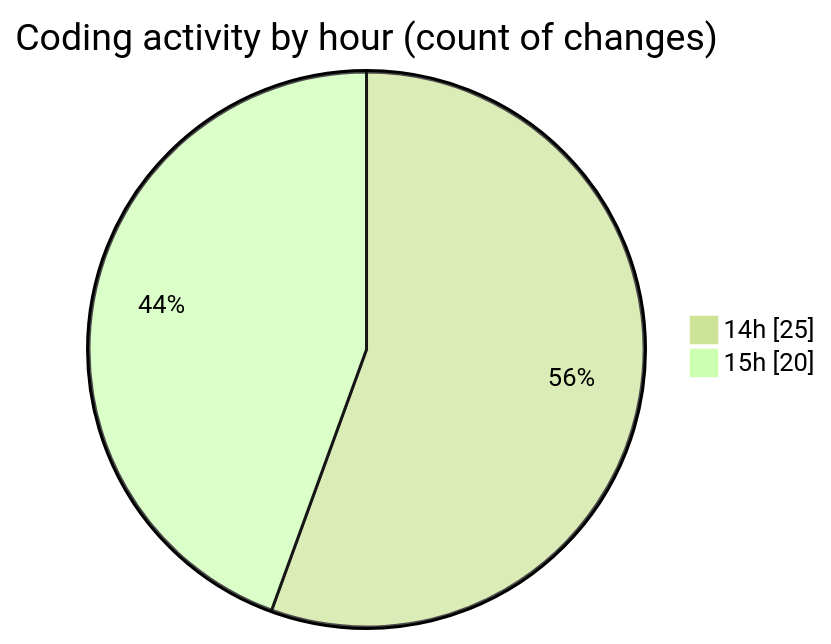
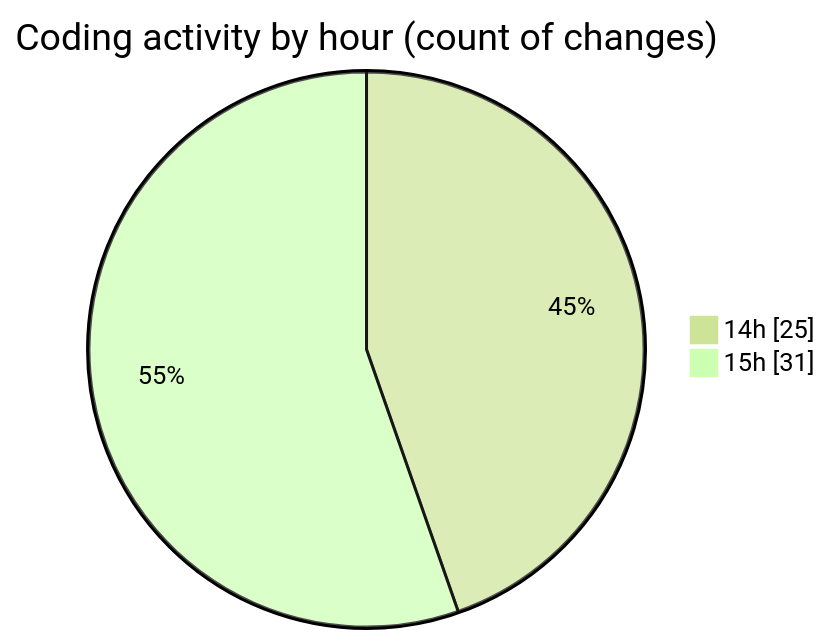
Before and after one commit to nxtqubesakshisongat/code-tracking: the second of 2 diagrams in 2025-07-07/argos/README.md, drawn with Mermaid (forest theme). The commit also changed other lines of this file and 1 other file, not shown here.

````diff
--- a/2025-07-07/argos/README.md
+++ b/2025-07-07/argos/README.md
@@ -32,6 +32,6 @@
 ```mermaid
 pie showData
 title Coding activity by hour (count of changes)
 "14h" : 25
-"15h" : 20
+"15h" : 31
 ```
````
